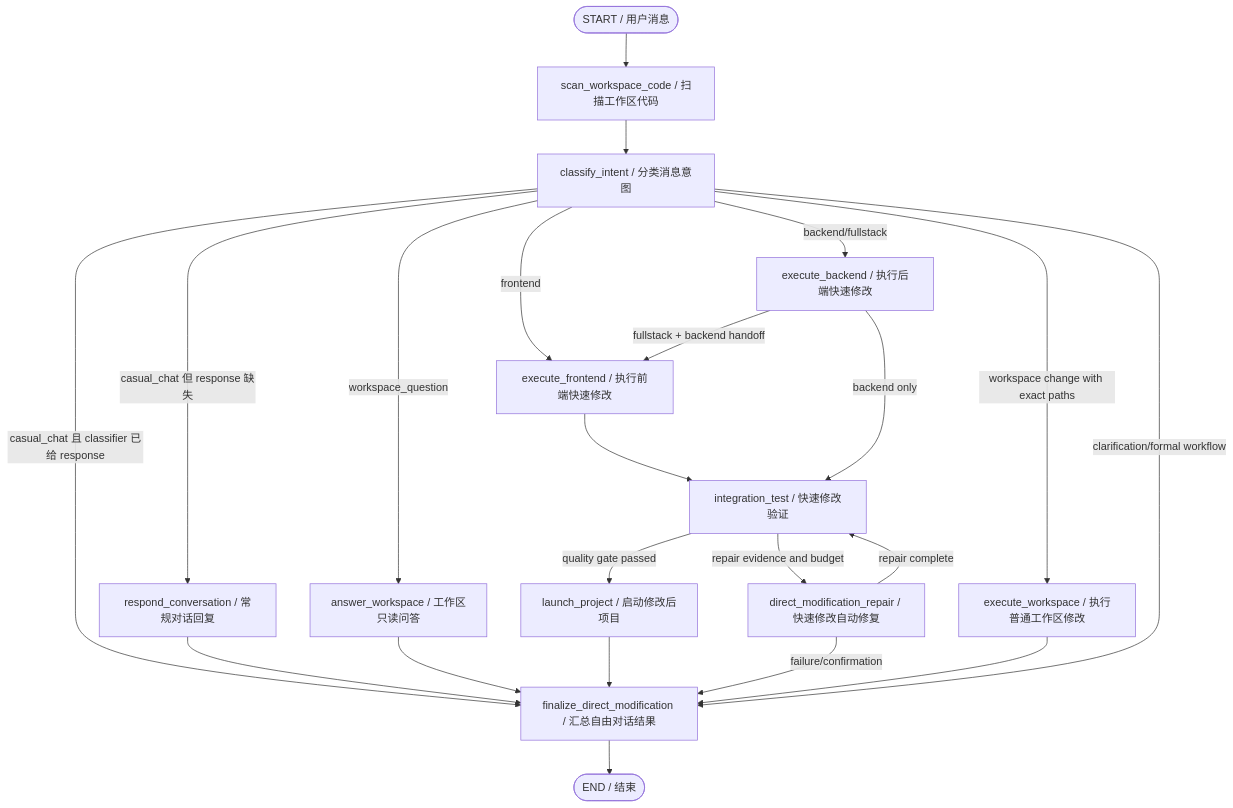
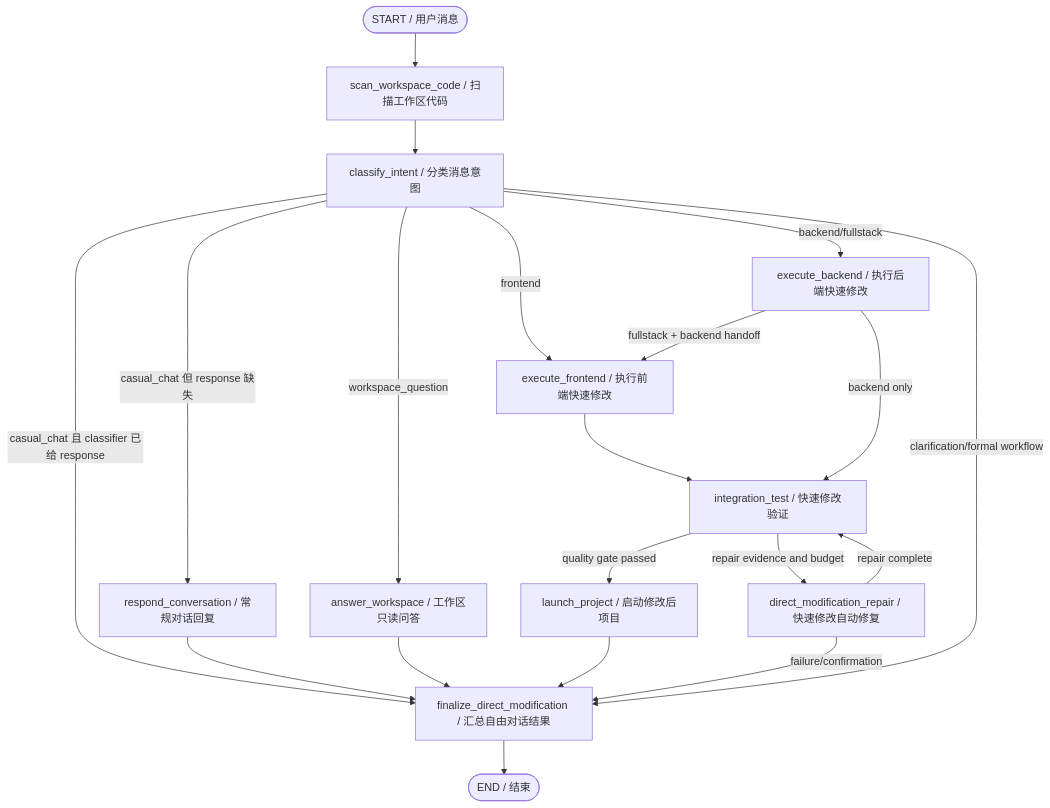
Before and after one commit to YYYWYF/XCodeAgent: the ninth of 11 diagrams in docs/DEVAGENTSTUDIO_COMPLETE_WORKFLOW.md, drawn with Mermaid. The commit also changed other lines of this file and 39 other files, not shown here.

````diff
--- a/docs/DEVAGENTSTUDIO_COMPLETE_WORKFLOW.md
+++ b/docs/DEVAGENTSTUDIO_COMPLETE_WORKFLOW.md
@@ -644,38 +644,35 @@
 ```mermaid
 flowchart TD
     S(["START / 用户消息"])
     C["classify_intent / 分类消息意图"]
     CHAT["respond_conversation / 常规对话回复"]
     QA["answer_workspace / 工作区只读问答"]
     SCAN["scan_workspace_code / 扫描工作区代码"]
     BE["execute_backend / 执行后端快速修改"]
     FE["execute_frontend / 执行前端快速修改"]
-    WS["execute_workspace / 执行普通工作区修改"]
     TEST["integration_test / 快速修改验证"]
     REPAIR["direct_modification_repair / 快速修改自动修复"]
     LAUNCH["launch_project / 启动修改后项目"]
     FINAL["finalize_direct_modification / 汇总自由对话结果"]
     E(["END / 结束"])
 
     S --> SCAN
     SCAN --> C
     C -->|"casual_chat 且 classifier 已给 response"| FINAL
     C -->|"casual_chat 但 response 缺失"| CHAT
     C -->|"workspace_question"| QA
     C -->|"frontend"| FE
     C -->|"backend/fullstack"| BE
-    C -->|"workspace change with exact paths"| WS
     C -->|"clarification/formal workflow"| FINAL
     BE -->|"fullstack + backend handoff"| FE
     BE -->|"backend only"| TEST
     FE --> TEST
     TEST -->|"quality gate passed"| LAUNCH
     TEST -->|"repair evidence and budget"| REPAIR
     REPAIR -->|"repair complete"| TEST
     REPAIR -->|"failure/confirmation"| FINAL
     CHAT --> FINAL
     QA --> FINAL
-    WS --> FINAL
     LAUNCH --> FINAL
     FINAL --> E
 ```
````
